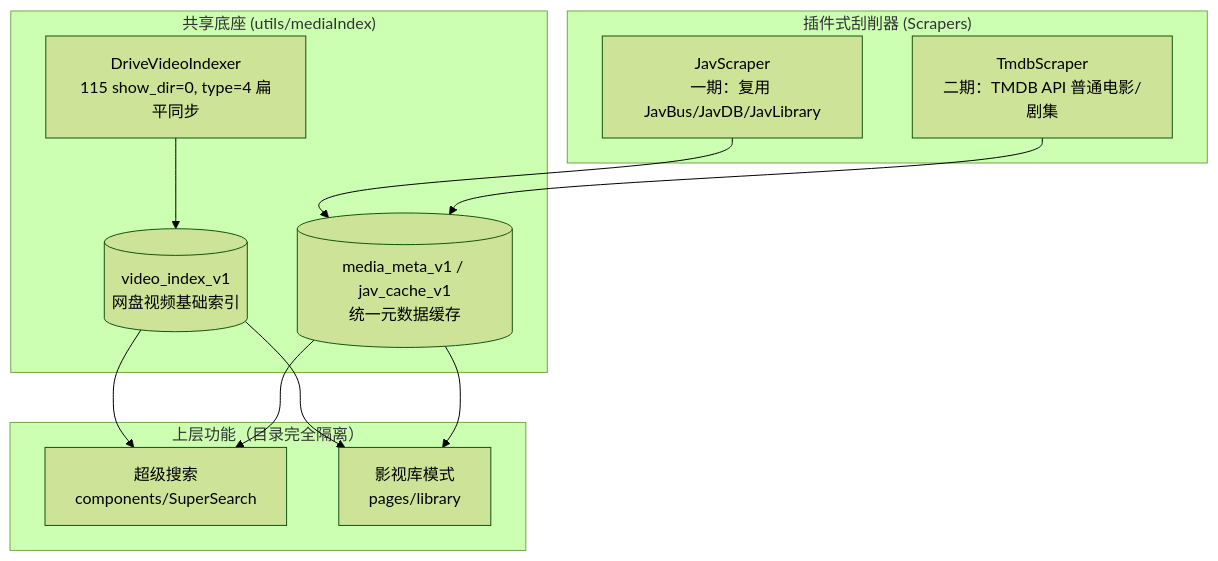
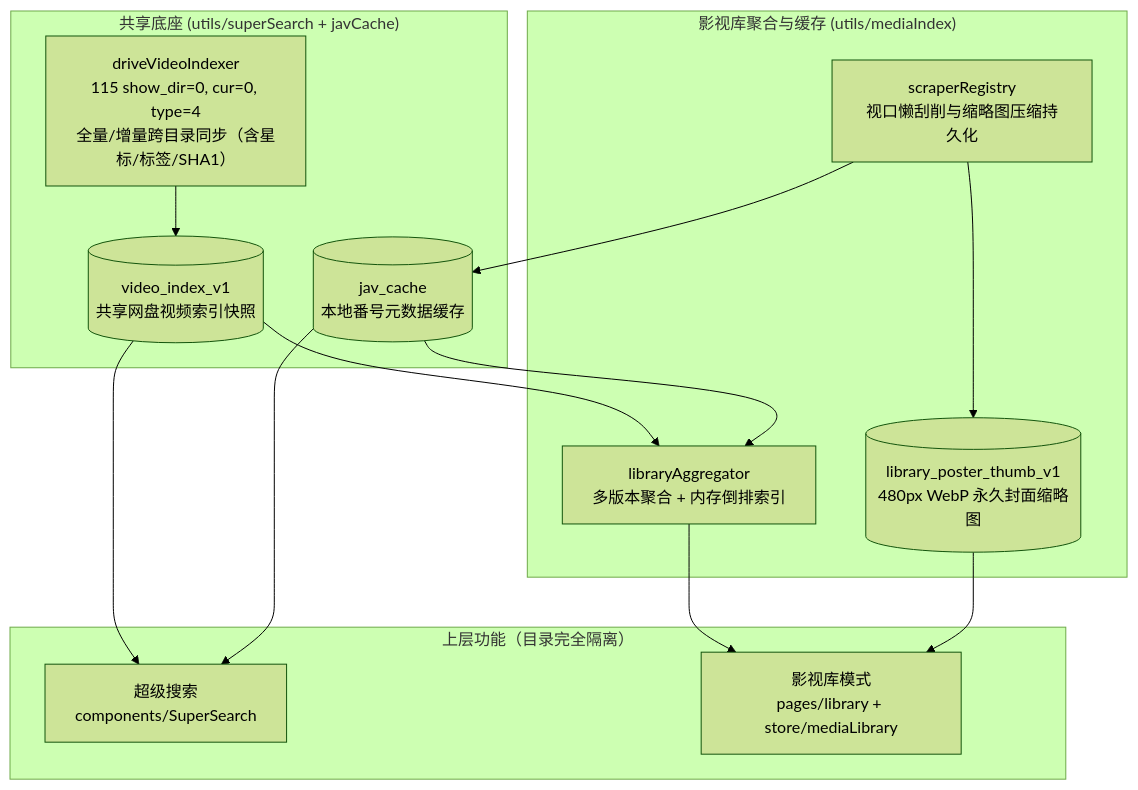
Before and after one commit to amasun/115master: the diagram in docs/media-library-spec.md, drawn with Mermaid (forest theme). The commit also changed other lines of this file and 25 other files, not shown here.

````diff
--- a/docs/media-library-spec.md
+++ b/docs/media-library-spec.md
@@ -67,26 +95,29 @@
 ```mermaid
 flowchart TB
-  subgraph Shared["共享底座 (utils/mediaIndex)"]
-    Idx["DriveVideoIndexer<br/>115 show_dir=0, type=4 扁平同步"]
-    Store[("video_index_v1<br/>网盘视频基础索引")]
-    Meta[("media_meta_v1 / jav_cache_v1<br/>统一元数据缓存")]
+  subgraph Shared["共享底座 (utils/superSearch + javCache)"]
+    Idx["driveVideoIndexer<br/>115 show_dir=0, cur=0, type=4<br/>全量/增量跨目录同步（含星标/标签/SHA1）"]
+    Store[("video_index_v1<br/>共享网盘视频索引快照")]
+    Meta[("jav_cache<br/>本地番号元数据缓存")]
+  end
+
+  subgraph MediaIndex["影视库聚合与缓存 (utils/mediaIndex)"]
+    Agg["libraryAggregator<br/>多版本聚合 + 内存倒排索引"]
+    Thumb[("library_poster_thumb_v1<br/>480px WebP 永久封面缩略图")]
+    Scrap["scraperRegistry<br/>视口懒刮削与缩略图压缩持久化"]
   end
 
   subgraph Features["上层功能（目录完全隔离）"]
     SS["超级搜索<br/>components/SuperSearch"]
-    ML["影视库模式<br/>pages/library"]
-  end
-
-  subgraph Scrapers["插件式刮削器 (Scrapers)"]
-    Jav["JavScraper<br/>一期：复用 JavBus/JavDB/JavLibrary"]
-    Tmdb["TmdbScraper<br/>二期：TMDB API 普通电影/剧集"]
+    ML["影视库模式<br/>pages/library + store/mediaLibrary"]
   end
 
   Idx --> Store
   Store --> SS
-  Store --> ML
+  Store --> Agg
   Meta --> SS
-  Meta --> ML
-  Jav --> Meta
-  Tmdb --> Meta
+  Meta --> Agg
+  Agg --> ML
+  Scrap --> Meta
+  Scrap --> Thumb
+  Thumb --> ML
 ```
````
